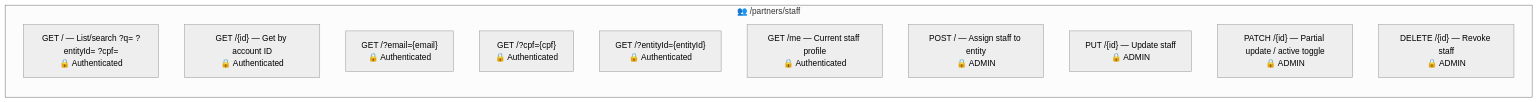
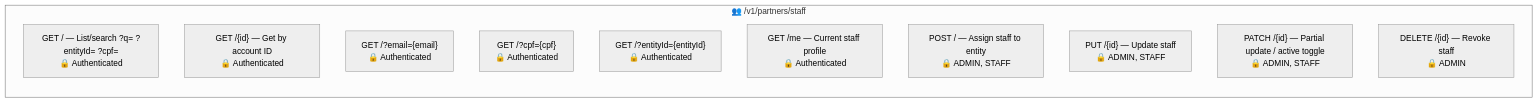
The third of 5 diagrams in pug-service/m-partner/README.md (Plataforma-Universidade-Gratuita/pug-docs), drawn with Mermaid (neutral theme) before and after one commit. The commit also changed other lines of this file and 8 other files, not shown here.

````diff
--- a/pug-service/m-partner/README.md
+++ b/pug-service/m-partner/README.md
@@ -77,16 +77,16 @@
 ```mermaid
 graph LR
-    subgraph Staff["👥 /partners/staff"]
+    subgraph Staff["👥 /v1/partners/staff"]
         direction TB
         GET_LIST["GET / — List/search ?q= ?entityId= ?cpf=<br/>🔒 Authenticated"]
         GET_ID["GET /{id} — Get by account ID<br/>🔒 Authenticated"]
         GET_EMAIL["GET /?email={email}<br/>🔒 Authenticated"]
         GET_CPF["GET /?cpf={cpf}<br/>🔒 Authenticated"]
         GET_ENTITY["GET /?entityId={entityId}<br/>🔒 Authenticated"]
         GET_ME["GET /me — Current staff profile<br/>🔒 Authenticated"]
-        POST["POST / — Assign staff to entity<br/>🔒 ADMIN"]
-        PUT["PUT /{id} — Update staff<br/>🔒 ADMIN"]
-        PATCH["PATCH /{id} — Partial update / active toggle<br/>🔒 ADMIN"]
+        POST["POST / — Assign staff to entity<br/>🔒 ADMIN, STAFF"]
+        PUT["PUT /{id} — Update staff<br/>🔒 ADMIN, STAFF"]
+        PATCH["PATCH /{id} — Partial update / active toggle<br/>🔒 ADMIN, STAFF"]
         DELETE["DELETE /{id} — Revoke staff<br/>🔒 ADMIN"]
     end
 ```
````
